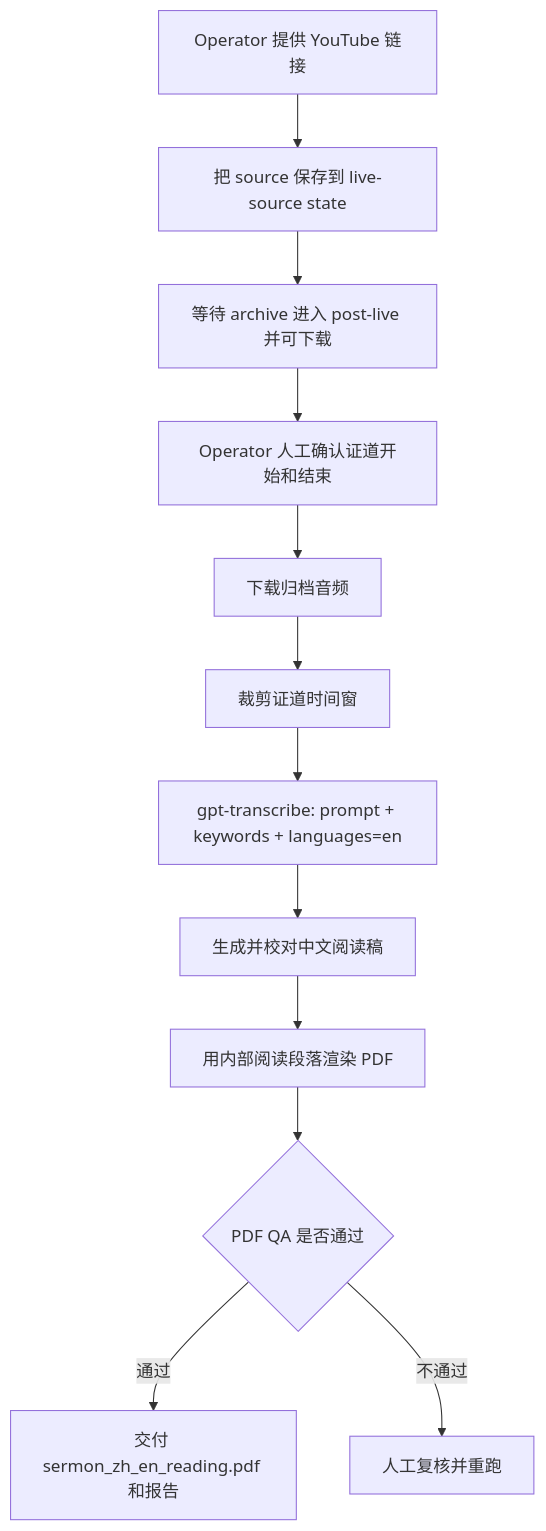
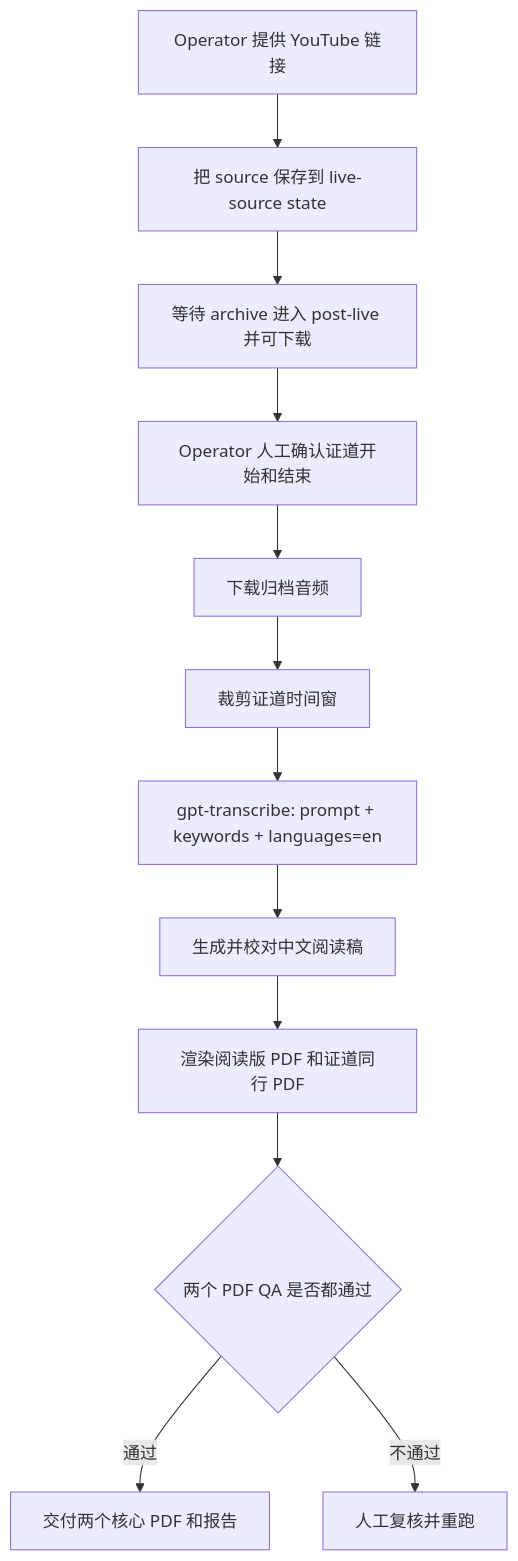
The diagram in docs/stable-post-live-reading-pdf-workflow.zh.md (JonathanJing/sermon-video-zh-subtitles), drawn with Mermaid before and after one commit. The commit also changed other lines of this file and 20 other files, not shown here.

Commit message:
Add sermon companion PDF deliverable

````diff
--- a/docs/stable-post-live-reading-pdf-workflow.zh.md
+++ b/docs/stable-post-live-reading-pdf-workflow.zh.md
@@ -28,14 +28,14 @@
 ```mermaid
 flowchart TD
     A[Operator 提供 YouTube 链接] --> B[把 source 保存到 live-source state]
     B --> C[等待 archive 进入 post-live 并可下载]
     C --> D[Operator 人工确认证道开始和结束]
     D --> E[下载归档音频]
     E --> F[裁剪证道时间窗]
     F --> G["gpt-transcribe: prompt + keywords + languages=en"]
     G --> H[生成并校对中文阅读稿]
-    H --> I[用内部阅读段落渲染 PDF]
-    I --> J{PDF QA 是否通过}
-    J -- 通过 --> K[交付 sermon_zh_en_reading.pdf 和报告]
+    H --> I[渲染阅读版 PDF 和证道同行 PDF]
+    I --> J{两个 PDF QA 是否都通过}
+    J -- 通过 --> K[交付两个核心 PDF 和报告]
     J -- 不通过 --> L[人工复核并重跑]
 ```
````
